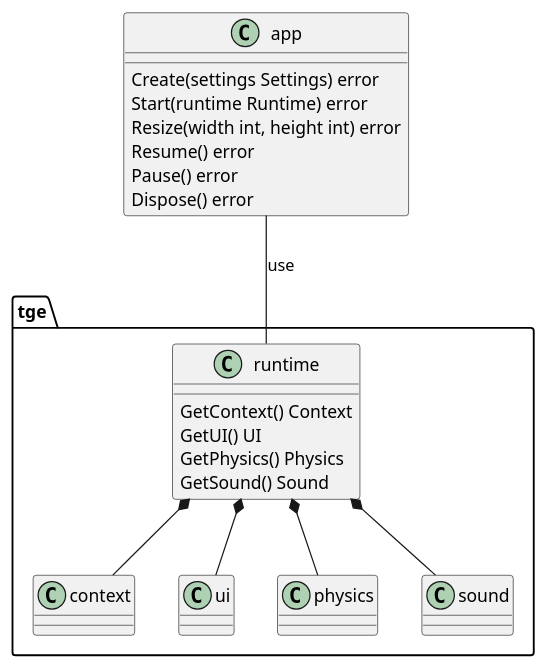
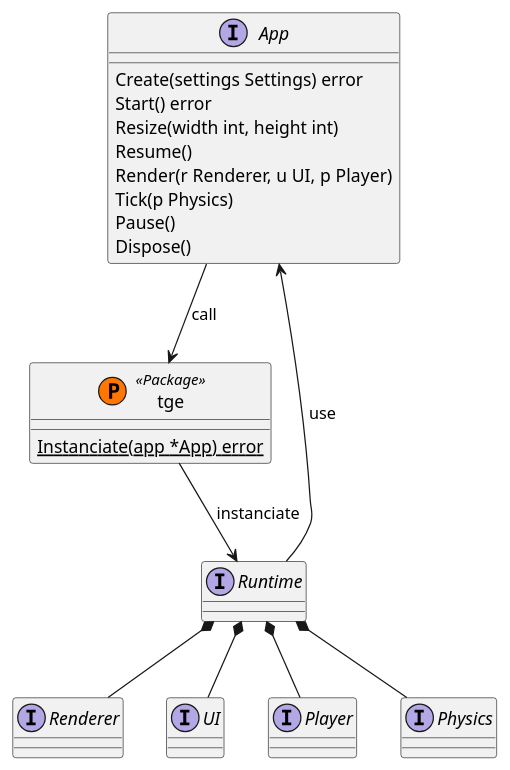
One commit to Thommil/tge changed the diagram in specs/api.puml. Above: the diagram before and after it, drawn with PlantUML. The commit also changed 21 other files, not shown here.

```diff
--- a/specs/api.puml
+++ b/specs/api.puml
@@ -2,19 +2,42 @@
 @startuml API
-app -- tge.runtime : use
-app : Create(settings Settings) error
-app : Start(runtime Runtime) error
-app : Resize(width int, height int) error
-app : Resume() error
-app : Pause() error
-app : Dispose() error
+' Components
+interface App {
+    Create(settings Settings) error
+    Start() error
+    Resize(width int, height int)
+    Resume()
+    Render(r Renderer, u UI, p Player)
+    Tick(p Physics)
+    Pause()
+    Dispose()
+}
 
-tge.runtime *-- tge.context
-tge.runtime : GetContext() Context
-tge.runtime : GetUI() UI
-tge.runtime : GetPhysics() Physics
-tge.runtime : GetSound() Sound
+class tge << (P,#FF7700) Package >> {
+    {static} Instanciate(app *App) error
+}
 
-tge.runtime *-- tge.ui
-tge.runtime *-- tge.physics
-tge.runtime *-- tge.sound
+interface Runtime {
+}
+
+interface Renderer {
+}
+
+interface UI {
+}
+
+interface Player {
+}
+
+interface Physics {
+}
+
+' Relations
+App --> tge : call
+tge --> Runtime : instanciate
+App <-- Runtime : use
+
+Runtime *-- Renderer
+Runtime *-- UI
+Runtime *-- Player
+Runtime *-- Physics
 @enduml
```
